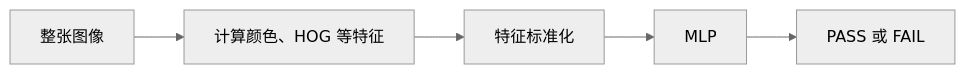
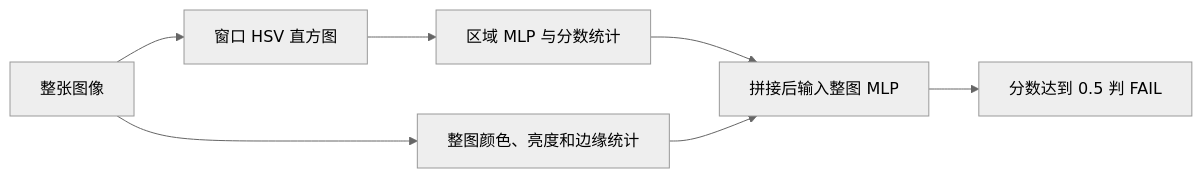
The first of 3 diagrams in docs/三种视觉方法.md (Tindalos-ik/robot_cleaning_vision), drawn with Mermaid (neutral theme) before and after one commit. The commit also changed other lines of this file and 11 other files, not shown here.

````diff
--- a/docs/三种视觉方法.md
+++ b/docs/三种视觉方法.md
@@ -36,7 +36,9 @@
 ```mermaid
 graph LR
-    A["整张图像"] --> B["计算颜色、HOG 等特征"]
-    B --> C["特征标准化"]
-    C --> D["MLP"]
-    D --> E["PASS 或 FAIL"]
+    A["整张图像"] --> B["窗口 HSV 直方图"]
+    B --> C["区域 MLP 与分数统计"]
+    A --> D["整图颜色、亮度和边缘统计"]
+    C --> E["拼接后输入整图 MLP"]
+    D --> E
+    E --> F["分数达到 0.5 判 FAIL"]
 ```
````
